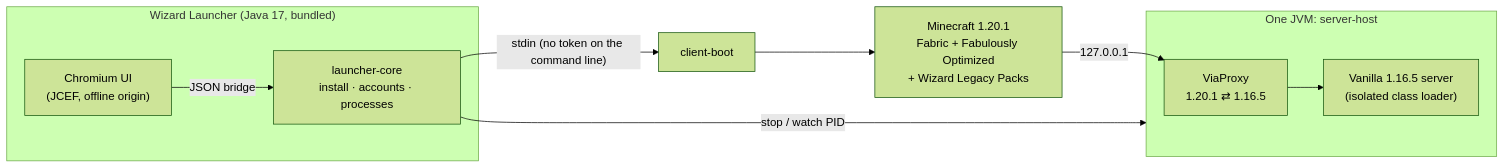
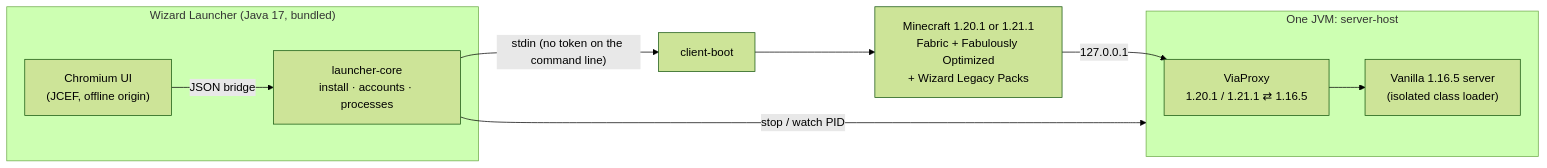
The diagram in README.md (ducky-lang/wizard_launcher), drawn with Mermaid (forest theme) before and after one commit. The commit also changed other lines of this file and 30 other files, not shown here.

````diff
--- a/README.md
+++ b/README.md
@@ -102,12 +105,12 @@
 ```mermaid
 flowchart LR
     subgraph Launcher["Wizard Launcher (Java 17, bundled)"]
         UI["Chromium UI<br/>(JCEF, offline origin)"] -- "JSON bridge" --> Core["launcher-core<br/>install · accounts · processes"]
     end
-    Core -- "stdin (no token on the command line)" --> Boot["client-boot"] --> MC["Minecraft 1.20.1<br/>Fabric + Fabulously Optimized<br/>+ Wizard Legacy Packs"]
+    Core -- "stdin (no token on the command line)" --> Boot["client-boot"] --> MC["Minecraft 1.20.1 or 1.21.1<br/>Fabric + Fabulously Optimized<br/>+ Wizard Legacy Packs"]
     Core -- "stop / watch PID" --> Host
     subgraph Host["One JVM: server-host"]
-        Via["ViaProxy<br/>1.20.1 ⇄ 1.16.5"] --> Server["Vanilla 1.16.5 server<br/>(isolated class loader)"]
+        Via["ViaProxy<br/>1.20.1 / 1.21.1 ⇄ 1.16.5"] --> Server["Vanilla 1.16.5 server<br/>(isolated class loader)"]
     end
     MC -- "127.0.0.1" --> Via
 ```
````
